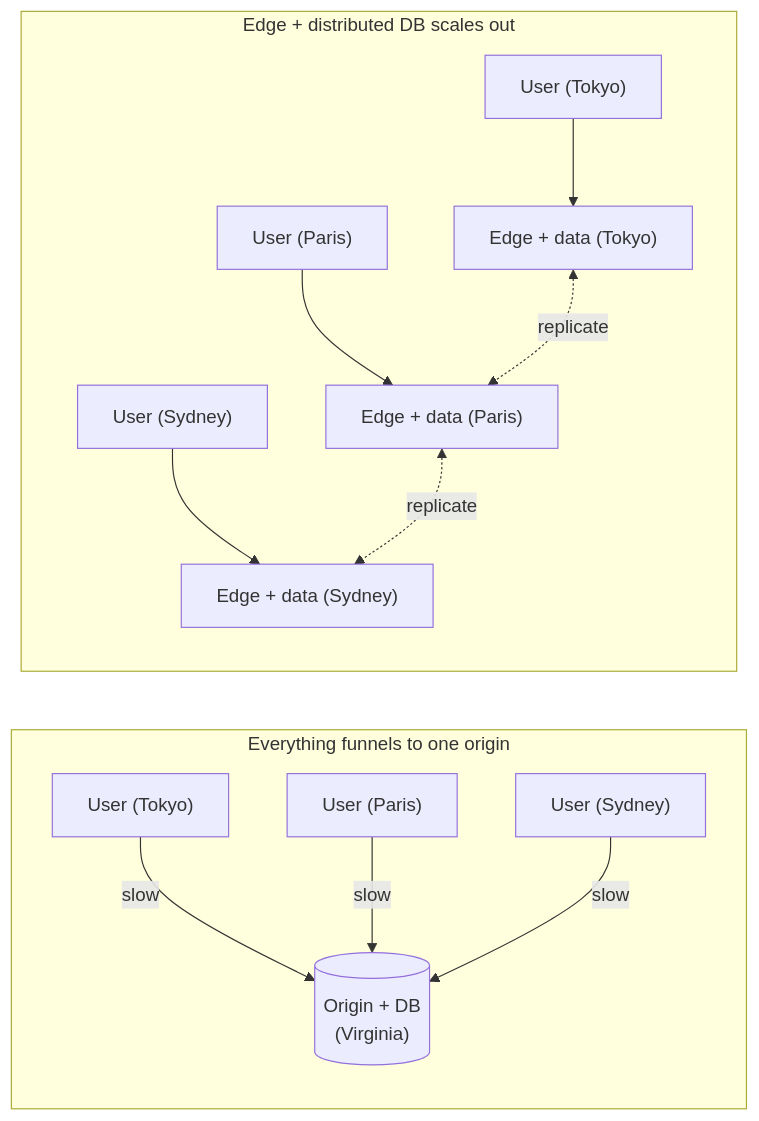
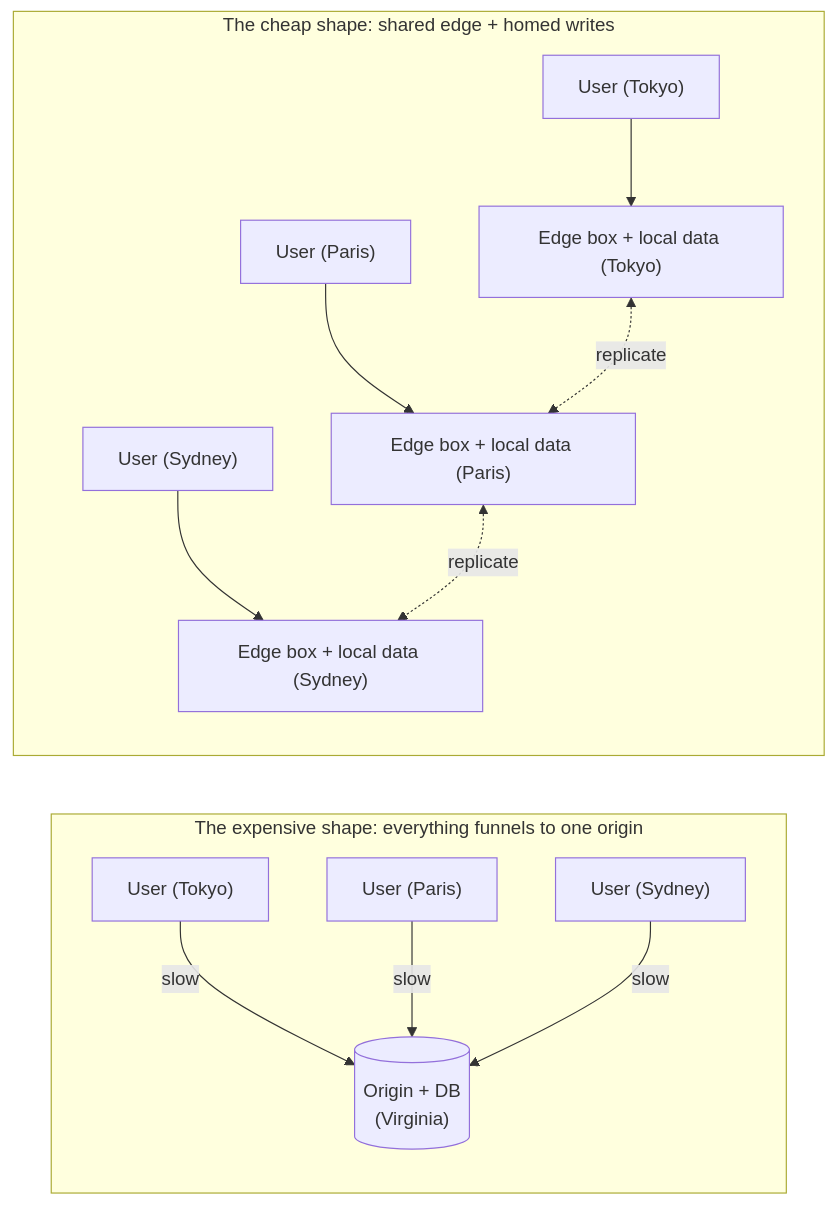
One commit to dacely-cloud/toiljs changed the diagram in docs/introduction/hyperscale.md. Above: the diagram before and after it, drawn with Mermaid. The commit also changed other lines of this file and 8 other files, not shown here.

````diff
--- a/docs/introduction/hyperscale.md
+++ b/docs/introduction/hyperscale.md
@@ -11,17 +27,17 @@
 ```mermaid
 flowchart LR
-    subgraph Origin["Everything funnels to one origin"]
+    subgraph Origin["The expensive shape: everything funnels to one origin"]
         direction TB
         A1["User (Tokyo)"] -->|slow| O[("Origin + DB<br/>(Virginia)")]
         A2["User (Paris)"] -->|slow| O
         A3["User (Sydney)"] -->|slow| O
     end
-    subgraph Toil["Edge + distributed DB scales out"]
+    subgraph Toil["The cheap shape: shared edge + homed writes"]
         direction TB
-        B1["User (Tokyo)"] --> E1["Edge + data (Tokyo)"]
-        B2["User (Paris)"] --> E2["Edge + data (Paris)"]
-        B3["User (Sydney)"] --> E3["Edge + data (Sydney)"]
+        B1["User (Tokyo)"] --> E1["Edge box + local data (Tokyo)"]
+        B2["User (Paris)"] --> E2["Edge box + local data (Paris)"]
+        B3["User (Sydney)"] --> E3["Edge box + local data (Sydney)"]
         E1 <-.->|"replicate"| E2
         E2 <-.->|"replicate"| E3
     end
 ```
````
